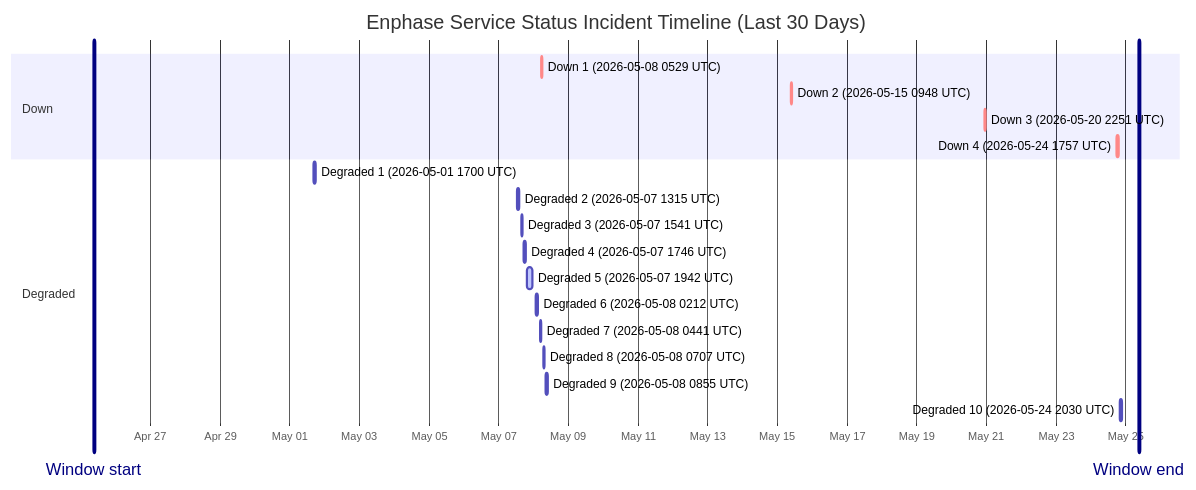
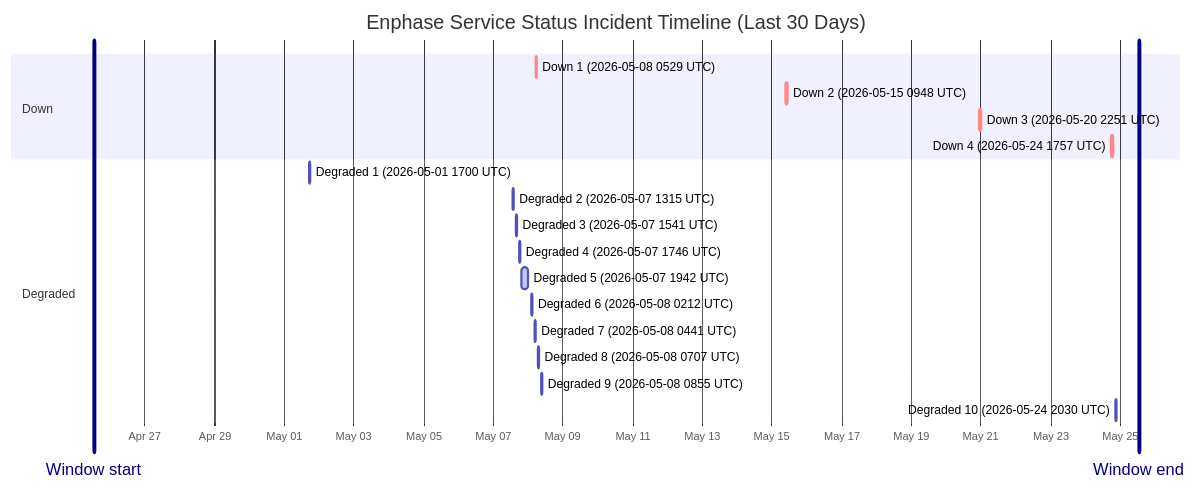
One commit to barneyonline/ha-enphase-ev-charger changed the diagram in wiki/Service-Status-History.md. Above: the diagram before and after it, drawn with Mermaid. The commit also changed other lines of this file and 3 other files, not shown here.

````diff
--- a/wiki/Service-Status-History.md
+++ b/wiki/Service-Status-History.md
@@ -14,24 +14,24 @@
 ```mermaid
 gantt
     title Enphase Service Status Incident Timeline (Last 30 Days)
     dateFormat  YYYY-MM-DDTHH:mm:ss
     axisFormat  %b %d
-    Window start :vert, window-start, 2026-04-25T09:10:42, 0ms
-    Window end :vert, window-end, 2026-05-25T09:10:42, 0ms
+    Window start :vert, window-start, 2026-04-25T12:48:09, 0ms
+    Window end :vert, window-end, 2026-05-25T12:48:09, 0ms
     section Down
     Down 1 (2026-05-08 0529 UTC) :crit, down-1, 2026-05-08T05:29:47, 60m
     Down 2 (2026-05-15 0948 UTC) :crit, down-2, 2026-05-15T09:48:18, 60m
     Down 3 (2026-05-20 2251 UTC) :crit, down-3, 2026-05-20T22:51:14, 75m
     Down 4 (2026-05-24 1757 UTC) :crit, down-4, 2026-05-24T17:57:41, 86m
     section Degraded
     Degraded 1 (2026-05-01 1700 UTC) :active, degraded-1, 2026-05-01T17:00:22, 60m
     Degraded 2 (2026-05-07 1315 UTC) :active, degraded-2, 2026-05-07T13:15:25, 60m
     Degraded 3 (2026-05-07 1541 UTC) :active, degraded-3, 2026-05-07T15:41:58, 60m
     Degraded 4 (2026-05-07 1746 UTC) :active, degraded-4, 2026-05-07T17:46:51, 60m
     Degraded 5 (2026-05-07 1942 UTC) :active, degraded-5, 2026-05-07T19:42:10, 249m
     Degraded 6 (2026-05-08 0212 UTC) :active, degraded-6, 2026-05-08T02:12:39, 60m
     Degraded 7 (2026-05-08 0441 UTC) :active, degraded-7, 2026-05-08T04:41:46, 60m
     Degraded 8 (2026-05-08 0707 UTC) :active, degraded-8, 2026-05-08T07:07:30, 60m
     Degraded 9 (2026-05-08 0855 UTC) :active, degraded-9, 2026-05-08T08:55:20, 88m
     Degraded 10 (2026-05-24 2030 UTC) :active, degraded-10, 2026-05-24T20:30:57, 84m
 ```
````
